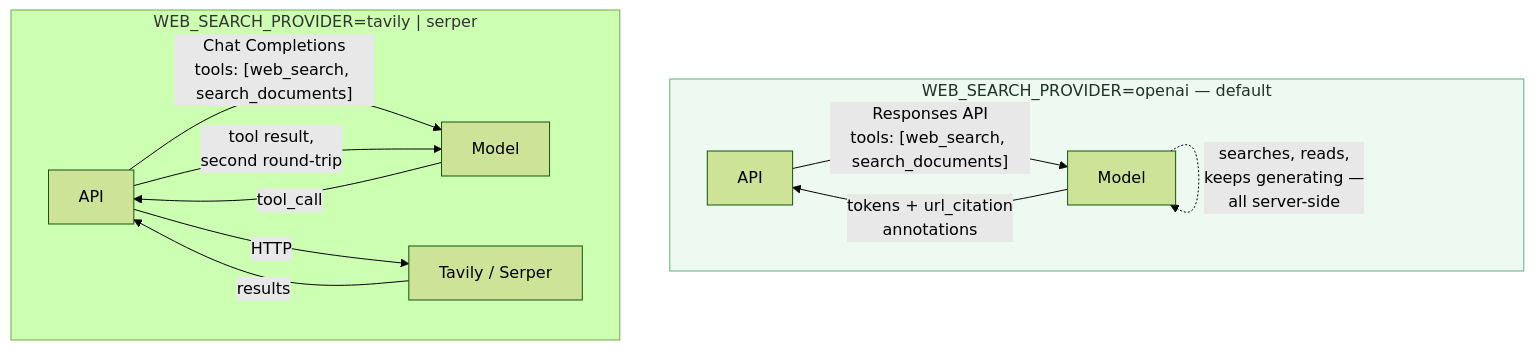
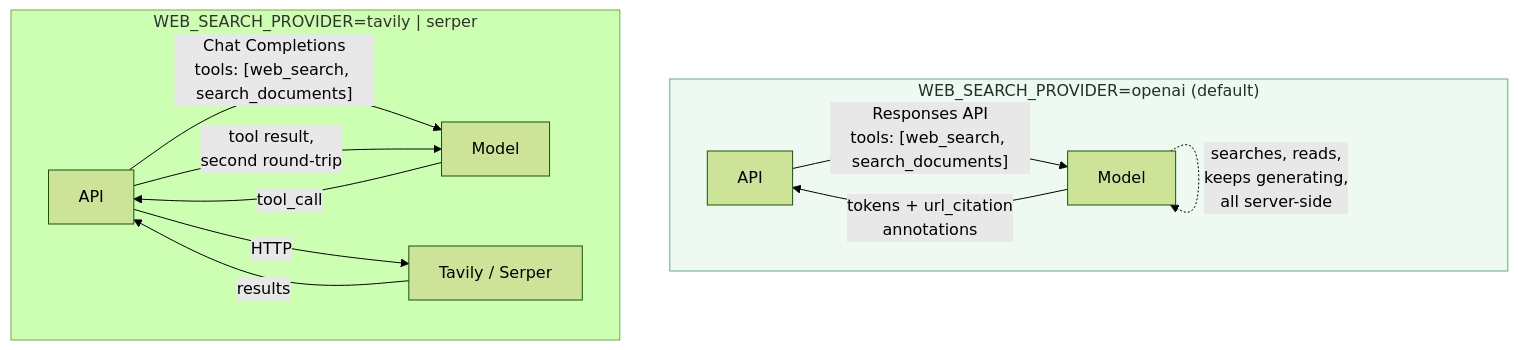
Before and after one commit to ahmedselimmansor-ctrl/Agentic-Rag-on-AWS: the fifth of 9 diagrams in README.md, drawn with Mermaid (forest theme). The commit also changed other lines of this file, not shown here.

````diff
--- a/README.md
+++ b/README.md
@@ -265,21 +265,21 @@
 ```mermaid
 flowchart TB
-    subgraph native["WEB_SEARCH_PROVIDER=openai — default"]
+    subgraph native["WEB_SEARCH_PROVIDER=openai (default)"]
         direction LR
         n1["API"] -- "Responses API<br/>tools: [web_search, search_documents]" --> n2["Model"]
-        n2 -. "searches, reads,<br/>keeps generating —<br/>all server-side" .-> n2
+        n2 -. "searches, reads,<br/>keeps generating,<br/>all server-side" .-> n2
         n2 -- "tokens + url_citation<br/>annotations" --> n1
     end
 
     subgraph external["WEB_SEARCH_PROVIDER=tavily | serper"]
         direction LR
         e1["API"] -- "Chat Completions<br/>tools: [web_search, search_documents]" --> e2["Model"]
         e2 -- "tool_call" --> e1
         e1 -- "HTTP" --> e3["Tavily / Serper"]
         e3 -- "results" --> e1
         e1 -- "tool result,<br/>second round-trip" --> e2
     end
 
     classDef emph fill:#eefaf1,stroke:#5bb37c,color:#1c3325
     class native emph
 ```
````
